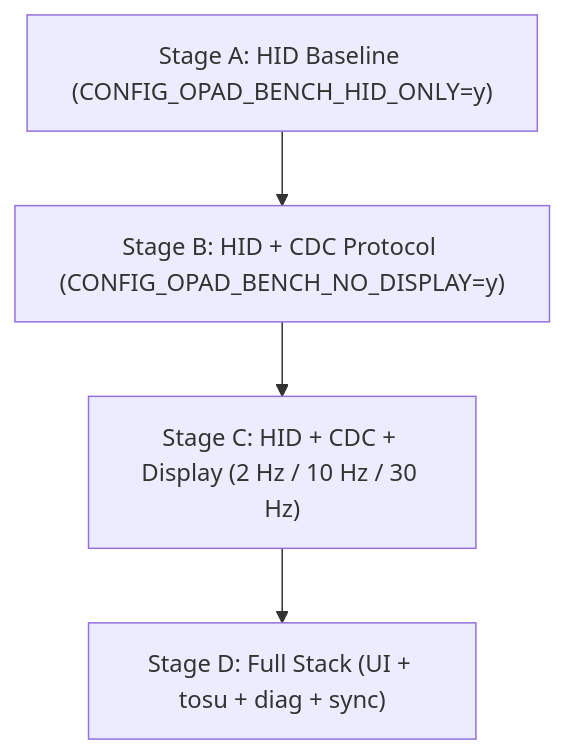
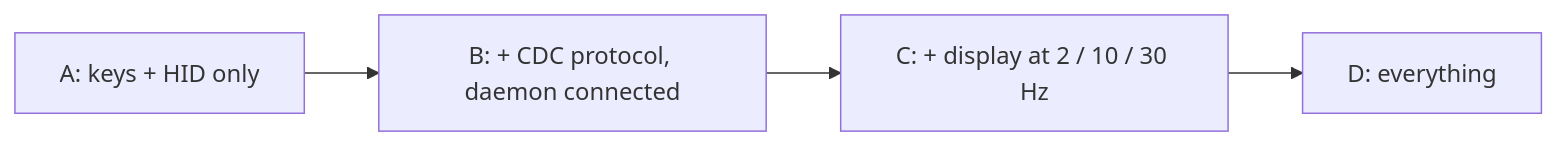
One commit to OPad-dev/OPad changed the diagram in docs/develop/latency-testing.md. Above: the diagram before and after it, drawn with Mermaid. The commit also changed other lines of this file and 54 other files, not shown here.

````diff
--- a/docs/develop/latency-testing.md
+++ b/docs/develop/latency-testing.md
@@ -28,9 +30,4 @@
 ```mermaid
-flowchart TD
-    StageA["Stage A: HID Baseline (CONFIG_OPAD_BENCH_HID_ONLY=y)"]
-    StageB["Stage B: HID + CDC Protocol (CONFIG_OPAD_BENCH_NO_DISPLAY=y)"]
-    StageC["Stage C: HID + CDC + Display (2 Hz / 10 Hz / 30 Hz)"]
-    StageD["Stage D: Full Stack (UI + tosu + diag + sync)"]
-
-    StageA --> StageB --> StageC --> StageD
+flowchart LR
+    A["A: keys + HID only"] --> B["B: + CDC protocol, daemon connected"] --> C["C: + display at 2 / 10 / 30 Hz"] --> D["D: everything"]
 ```
````
